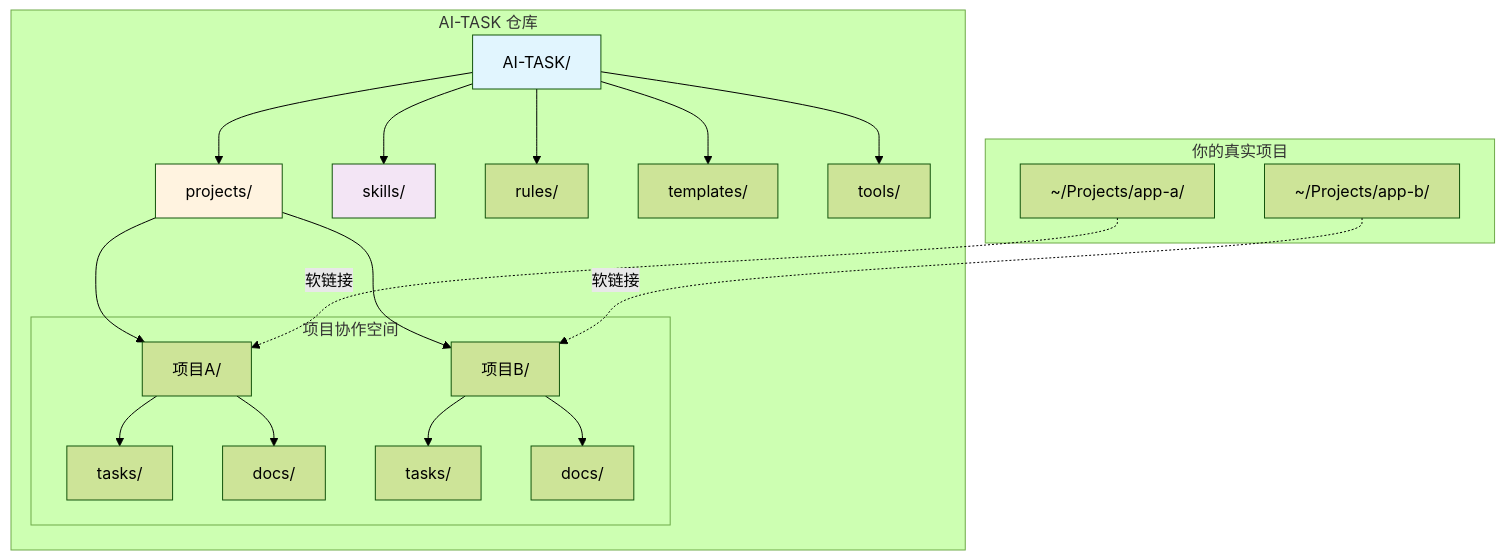
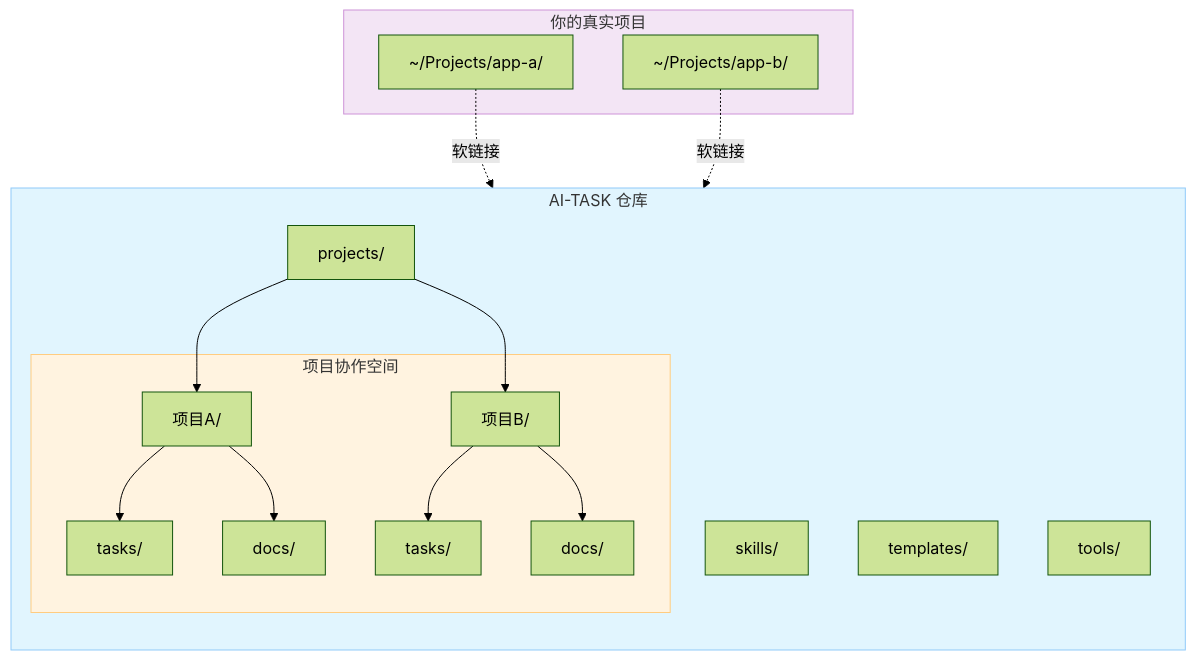
The second of 3 diagrams in README.md (ArnoFrost/AI-TASK), drawn with Mermaid (forest theme) before and after one commit. The commit also changed other lines of this file and 12 other files, not shown here.

````diff
--- a/README.md
+++ b/README.md
@@ -187,41 +183,32 @@
 ```mermaid
 graph TB
-    subgraph "AI-TASK 仓库"
-        AITASK[AI-TASK/]
-        PROJECTS[projects/]
-        SKILLS[skills/]
-        RULES[rules/]
-        TEMPLATES[templates/]
-        TOOLS[tools/]
+    subgraph REPO["AI-TASK 仓库"]
+        direction TB
+        PROJECTS["projects/"]
+        SKILLS["skills/"]
+        TEMPLATES["templates/"]
+        TOOLS["tools/"]
 
-        AITASK --> PROJECTS
-        AITASK --> SKILLS
-        AITASK --> RULES
-        AITASK --> TEMPLATES
-        AITASK --> TOOLS
-
-        subgraph "项目协作空间"
-            P1[项目A/]
-            P2[项目B/]
-            P1 --> P1T[tasks/]
-            P1 --> P1D[docs/]
-            P2 --> P2T[tasks/]
-            P2 --> P2D[docs/]
+        subgraph SPACES["项目协作空间"]
+            P1["项目A/"] --> P1T["tasks/"]
+            P1 --> P1D["docs/"]
+            P2["项目B/"] --> P2T["tasks/"]
+            P2 --> P2D["docs/"]
         end
 
         PROJECTS --> P1
         PROJECTS --> P2
     end
 
-    subgraph "你的真实项目"
-        EXT1[~/Projects/app-a/]
-        EXT2[~/Projects/app-b/]
-
-        EXT1 -.->|软链接| P1
-        EXT2 -.->|软链接| P2
+    subgraph REAL["你的真实项目"]
+        EXT1["~/Projects/app-a/"]
+        EXT2["~/Projects/app-b/"]
     end
 
-    style AITASK fill:#e1f5fe
-    style PROJECTS fill:#fff3e0
-    style SKILLS fill:#f3e5f5
+    EXT1 -.->|"软链接"| P1
+    EXT2 -.->|"软链接"| P2
+
+    style REPO fill:#e1f5fe,stroke:#90caf9
+    style SPACES fill:#fff3e0,stroke:#ffcc80
+    style REAL fill:#f3e5f5,stroke:#ce93d8
 ```
````
